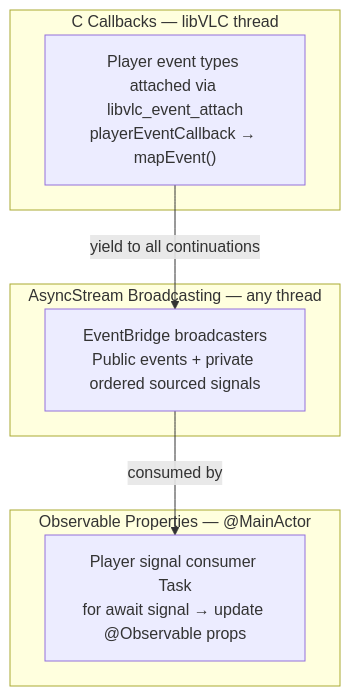
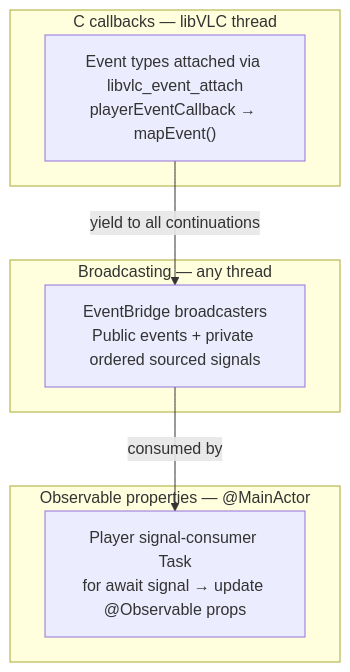
Before and after one commit to harflabs/SwiftVLC: the fourth of 7 diagrams in ARCHITECTURE.md, drawn with Mermaid. The commit also changed other lines of this file and 1 other file, not shown here.

First line of the commit message:
Rewrite the README and the architecture document

````diff
--- a/ARCHITECTURE.md
+++ b/ARCHITECTURE.md
@@ -400,17 +476,17 @@
 ```mermaid
 flowchart TB
-    subgraph L1["C Callbacks — libVLC thread"]
-        CB["Player event types attached via libvlc_event_attach<br/>playerEventCallback → mapEvent()"]
+    subgraph L1["C callbacks — libVLC thread"]
+        CB["Event types attached via libvlc_event_attach<br/>playerEventCallback → mapEvent()"]
     end
 
-    subgraph L2["AsyncStream Broadcasting — any thread"]
+    subgraph L2["Broadcasting — any thread"]
         Store["EventBridge broadcasters<br/>Public events + private ordered sourced signals"]
     end
 
-    subgraph L3["Observable Properties — @MainActor"]
-        Update["Player signal consumer Task<br/>for await signal → update @Observable props"]
+    subgraph L3["Observable properties — @MainActor"]
+        Update["Player signal-consumer Task<br/>for await signal → update @Observable props"]
     end
 
     CB -->|"yield to all continuations"| Store
     Store -->|"consumed by"| Update
 ```
````
